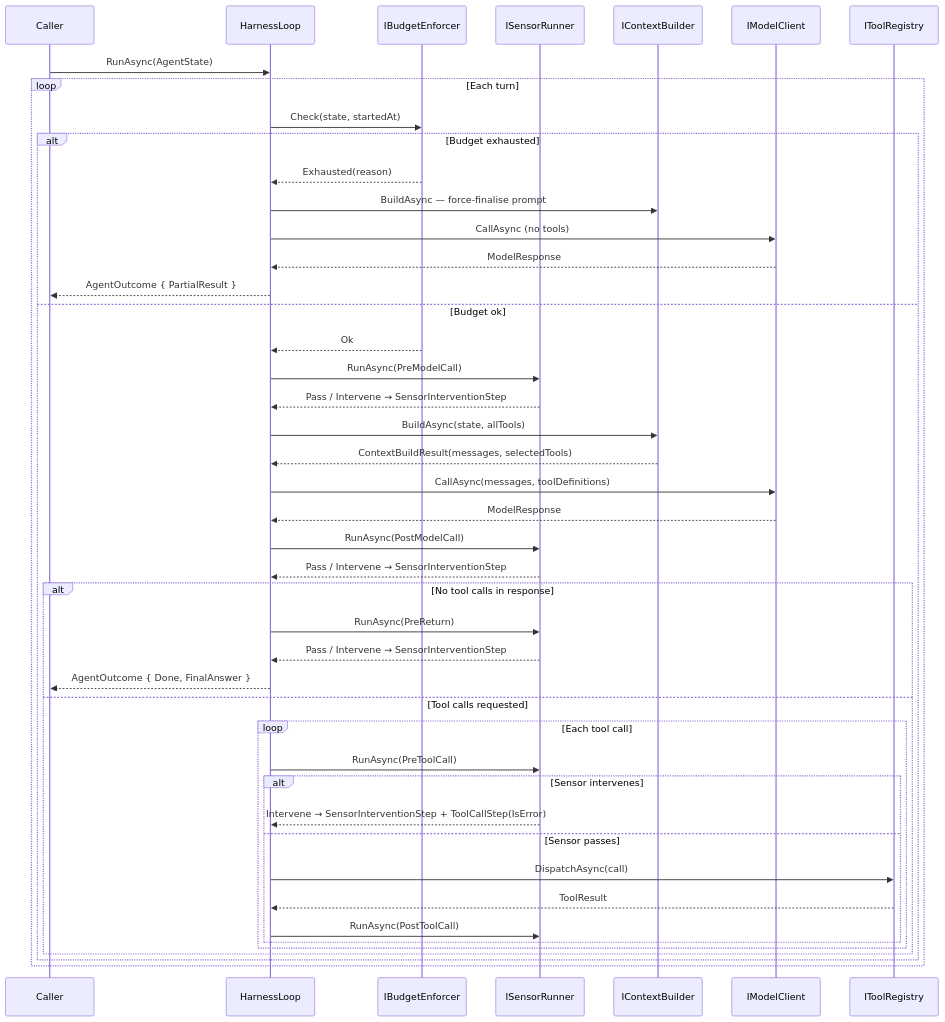
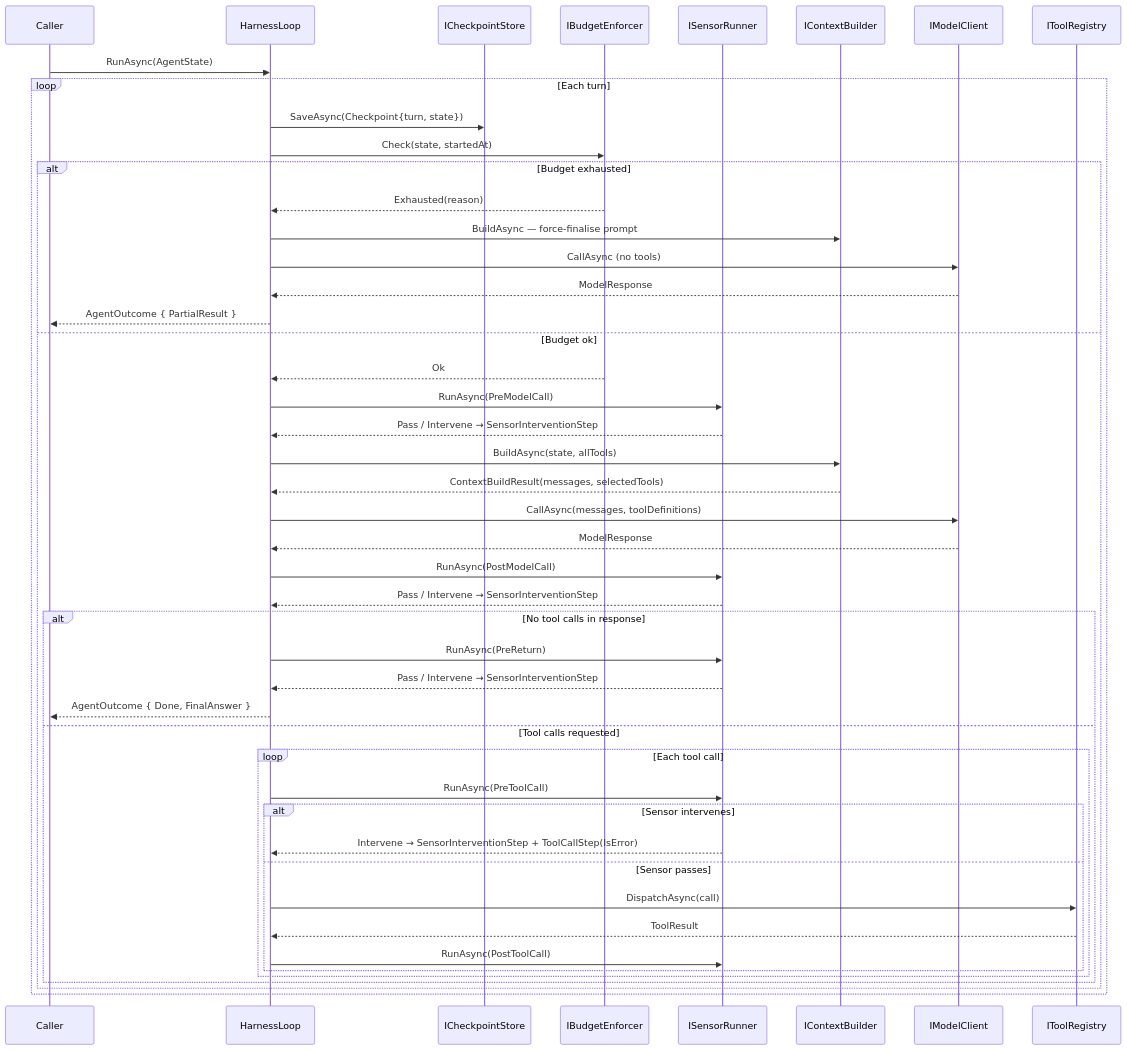
Before and after one commit to AnilKerai/model-harness: the fourth of 4 diagrams in README.md, drawn with Mermaid. The commit also changed other lines of this file and 2 other files, not shown here.

First line of the commit message:
Update README, ROADMAP, and CLAUDE.md for checkpoint/resume

````diff
--- a/README.md
+++ b/README.md
@@ -229,49 +237,51 @@
 ```mermaid
 sequenceDiagram
     participant C as Caller
     participant L as HarnessLoop
+    participant CP as ICheckpointStore
     participant B as IBudgetEnforcer
     participant S as ISensorRunner
     participant CB as IContextBuilder
     participant M as IModelClient
     participant R as IToolRegistry
 
     C->>L: RunAsync(AgentState)
 
     loop Each turn
+        L->>CP: SaveAsync(Checkpoint{turn, state})
         L->>B: Check(state, startedAt)
         alt Budget exhausted
             B-->>L: Exhausted(reason)
             L->>CB: BuildAsync — force-finalise prompt
             L->>M: CallAsync (no tools)
             M-->>L: ModelResponse
             L-->>C: AgentOutcome { PartialResult }
         else Budget ok
             B-->>L: Ok
             L->>S: RunAsync(PreModelCall)
             S-->>L: Pass / Intervene → SensorInterventionStep
             L->>CB: BuildAsync(state, allTools)
             CB-->>L: ContextBuildResult(messages, selectedTools)
             L->>M: CallAsync(messages, toolDefinitions)
             M-->>L: ModelResponse
             L->>S: RunAsync(PostModelCall)
             S-->>L: Pass / Intervene → SensorInterventionStep
             alt No tool calls in response
                 L->>S: RunAsync(PreReturn)
                 S-->>L: Pass / Intervene → SensorInterventionStep
                 L-->>C: AgentOutcome { Done, FinalAnswer }
             else Tool calls requested
                 loop Each tool call
                     L->>S: RunAsync(PreToolCall)
                     alt Sensor intervenes
                         S-->>L: Intervene → SensorInterventionStep + ToolCallStep(IsError)
                     else Sensor passes
                         L->>R: DispatchAsync(call)
                         R-->>L: ToolResult
                         L->>S: RunAsync(PostToolCall)
                     end
                 end
             end
         end
     end
 ```
````
